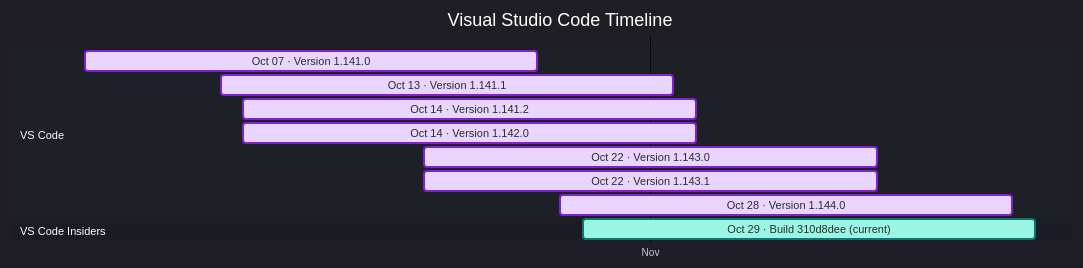
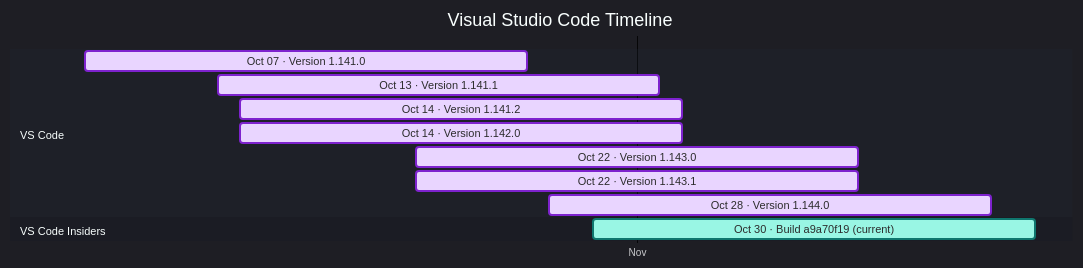
The diagram in docs/vscode.md (Oxelya-DevTools/VisualStudioUpdate), drawn with Mermaid before and after one commit. The commit also changed other lines of this file and 3 other files, not shown here.

````diff
--- a/docs/vscode.md
+++ b/docs/vscode.md
@@ -9,18 +9,18 @@
 ```mermaid
 %%{init: {'theme':'dark','themeVariables': { 'fontFamily': 'Segoe UI', 'fontSize': '24px', 'textColor': '#F3F4F6', 'titleTextColor': '#FFFFFF', 'taskTextColor': '#111827', 'taskTextLightColor': '#111827', 'taskTextOutsideColor': '#F3F4F6', 'taskBkgColor': '#BAE6FD', 'taskBorderColor': '#0369A1', 'doneTaskBkgColor': '#E9D5FF', 'doneTaskBorderColor': '#7E22CE', 'activeTaskBkgColor': '#99F6E4', 'activeTaskBorderColor': '#0F766E', 'critTaskBkgColor': '#FED7AA', 'critTaskBorderColor': '#C2410C', 'sectionBkgColor': '#1F2937', 'altSectionBkgColor': '#111827', 'gridColor': '#4B5563', 'todayLineColor': '#F87171' }}}%%
 gantt
     title Visual Studio Code Timeline
     dateFormat  YYYY-MM-DD
     axisFormat  %b
     tickInterval 1month
     section VS Code
     Oct 07 · Version 1.141.0 : done, vscode202610070, 2026-10-07, 20d
     Oct 13 · Version 1.141.1 : done, vscode202610131, 2026-10-13, 20d
     Oct 14 · Version 1.141.2 : done, vscode202610142, 2026-10-14, 20d
     Oct 14 · Version 1.142.0 : done, vscode202610143, 2026-10-14, 20d
     Oct 22 · Version 1.143.0 : done, vscode202610224, 2026-10-22, 20d
     Oct 22 · Version 1.143.1 : done, vscode202610225, 2026-10-22, 20d
     Oct 28 · Version 1.144.0 : done, vscode202610286, 2026-10-28, 20d
     section VS Code Insiders
-    Oct 29 · Build 310d8dee (current) : active, vscodeinsiders202610290, 2026-10-29, 20d
+    Oct 30 · Build a9a70f19 (current) : active, vscodeinsiders202610300, 2026-10-30, 20d
 ```
````
